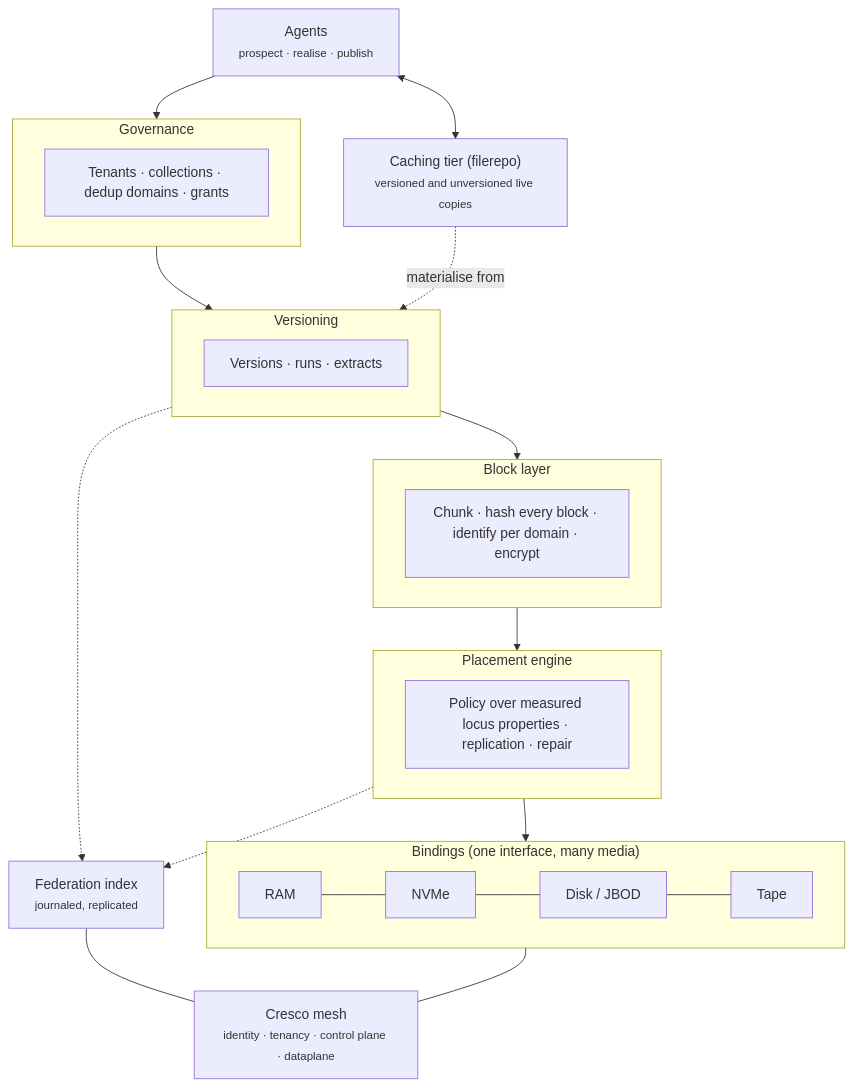
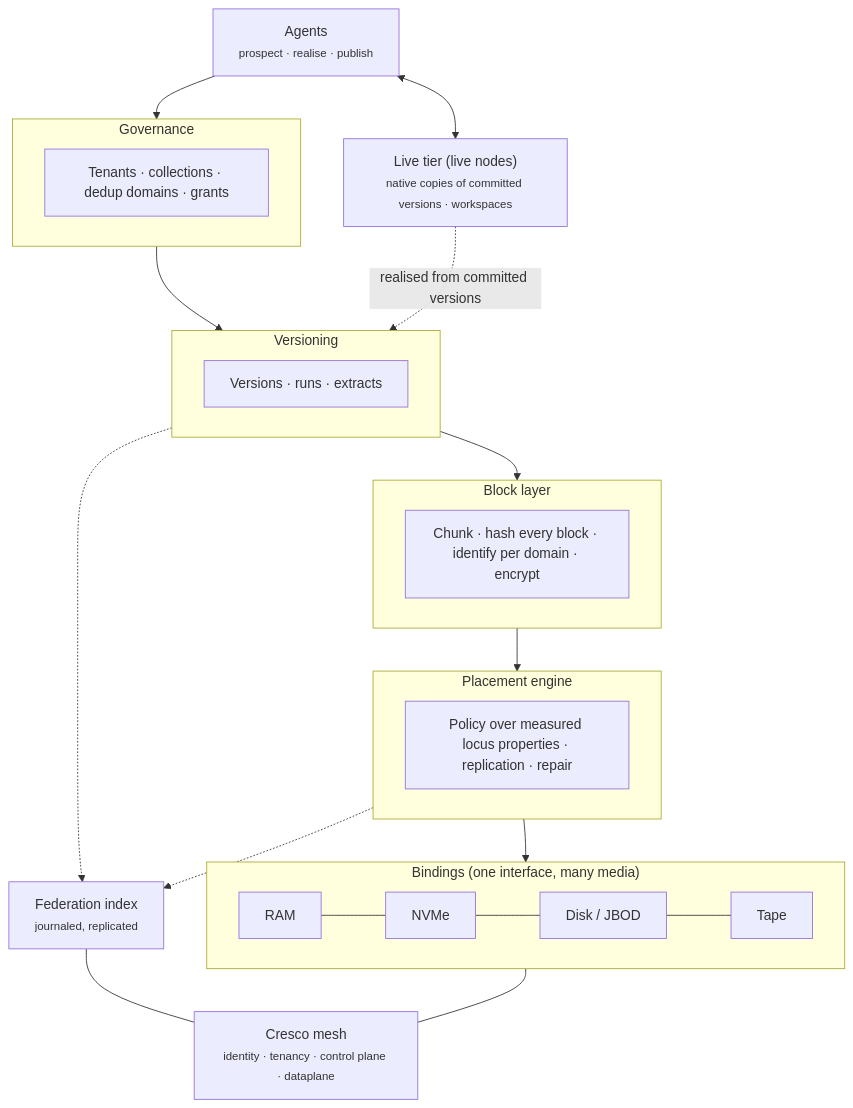
One commit to GaiaKeep/docs changed the diagram in docs/concepts/architecture.md. Above: the diagram before and after it, drawn with Mermaid. The commit also changed other lines of this file and 19 other files, not shown here.

First line of the commit message:
Document the live tier, planned stops, store restarts and slow disks

````diff
--- a/docs/concepts/architecture.md
+++ b/docs/concepts/architecture.md
@@ -5,31 +5,31 @@
 ```mermaid
 flowchart TB
     A["Agents<br/><small>prospect · realise · publish</small>"]
     subgraph G["Governance"]
       T["Tenants · collections · dedup domains · grants"]
     end
     subgraph V["Versioning"]
       VR["Versions · runs · extracts"]
     end
     subgraph B["Block layer"]
       BL["Chunk · hash every block · identify per domain · encrypt"]
     end
     subgraph P["Placement engine"]
       PE["Policy over measured locus properties · replication · repair"]
     end
     subgraph L["Bindings (one interface, many media)"]
       direction LR
       R["RAM"] --- N["NVMe"] --- D["Disk / JBOD"] --- TP["Tape"]
     end
     I["Federation index<br/><small>journaled, replicated</small>"]
-    C["Caching tier (filerepo)<br/><small>versioned and unversioned live copies</small>"]
+    C["Live tier (live nodes)<br/><small>native copies of committed versions · workspaces</small>"]
     M["Cresco mesh<br/><small>identity · tenancy · control plane · dataplane</small>"]
 
     A --> G --> V --> B --> P --> L
     V -.-> I
     P -.-> I
     A <--> C
-    C -.materialise from.-> V
+    C -.realised from committed versions.-> V
     L --- M
     I --- M
 ```
````
